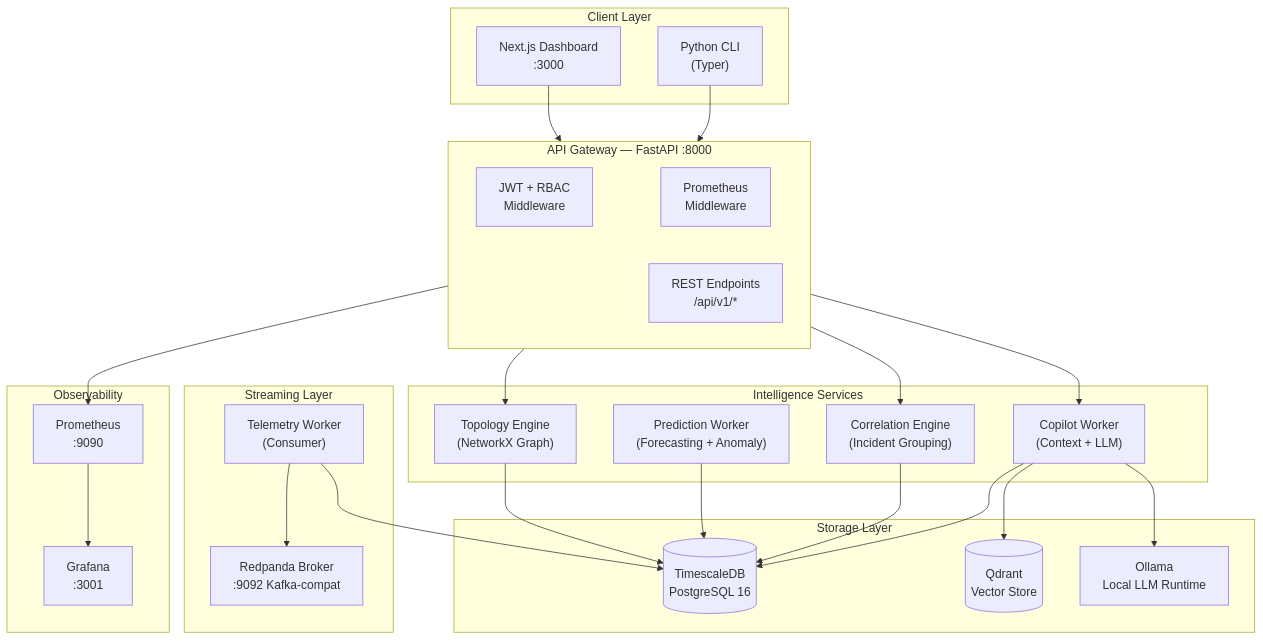
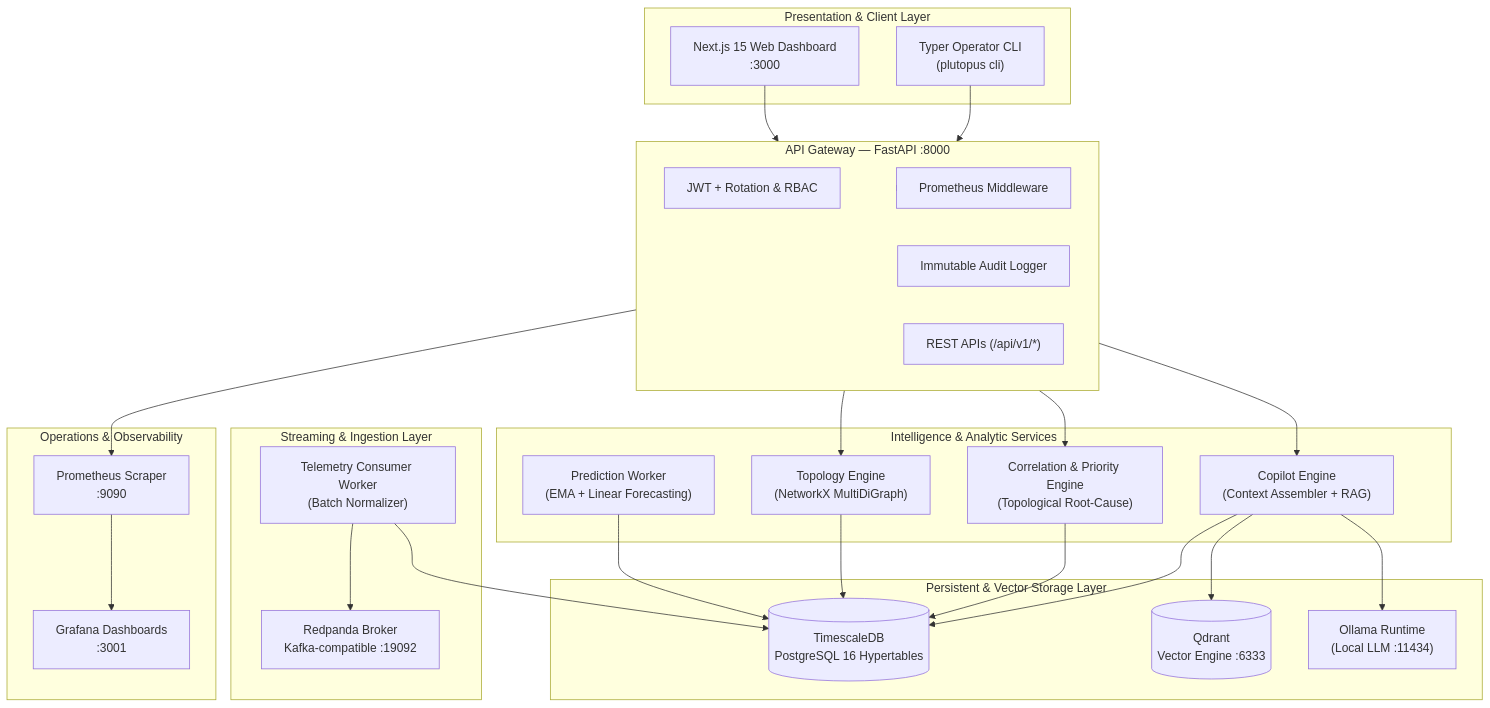
One commit to ayushkumar2601/Plutopus changed the second of 7 diagrams in README.md. Above: the diagram before and after it, drawn with Mermaid. The commit also changed other lines of this file, not shown here.

Commit message:
docs: revamp README with high-impact architecture, predictive AI and air-gap specs

````diff
--- a/README.md
+++ b/README.md
@@ -109,54 +122,58 @@
 ```mermaid
 graph TB
-    subgraph Clients["Client Layer"]
-        DASH["Next.js Dashboard\n:3000"]
-        CLI["Python CLI\n(Typer)"]
+    subgraph Clients["Presentation & Client Layer"]
+        DASH["Next.js 15 Web Dashboard\n:3000"]
+        CLI["Typer Operator CLI\n(plutopus cli)"]
     end
 
-    subgraph API["API Gateway — FastAPI :8000"]
+    subgraph Gateway["API Gateway — FastAPI :8000"]
         direction LR
-        AUTH["JWT + RBAC\nMiddleware"]
-        METRICS_MW["Prometheus\nMiddleware"]
-        ROUTES["REST Endpoints\n/api/v1/*"]
+        AUTH["JWT + Rotation & RBAC"]
+        AUDIT["Immutable Audit Logger"]
+        PROM_MW["Prometheus Middleware"]
+        ROUTES["REST APIs (/api/v1/*)"]
     end
 
-    subgraph Intelligence["Intelligence Services"]
-        TOPO["Topology Engine\n(NetworkX Graph)"]
-        PRED["Prediction Worker\n(Forecasting + Anomaly)"]
-        CORR["Correlation Engine\n(Incident Grouping)"]
-        COP["Copilot Worker\n(Context + LLM)"]
+    subgraph Intelligence["Intelligence & Analytic Services"]
+        TOPO["Topology Engine\n(NetworkX MultiDiGraph)"]
+        PRED["Prediction Worker\n(EMA + Linear Forecasting)"]
+        CORR["Correlation & Priority Engine\n(Topological Root-Cause)"]
+        COP["Copilot Engine\n(Context Assembler + RAG)"]
     end
 
-    subgraph Storage["Storage Layer"]
-        PG[("TimescaleDB\nPostgreSQL 16")]
-        QDRANT[("Qdrant\nVector Store")]
-        OLLAMA["Ollama\nLocal LLM Runtime"]
+    subgraph Storage["Persistent & Vector Storage Layer"]
+        PG[("TimescaleDB\nPostgreSQL 16 Hypertables")]
+        QDRANT[("Qdrant\nVector Engine :6333")]
+        OLLAMA["Ollama Runtime\n(Local LLM :11434)"]
     end
 
-    subgraph Stream["Streaming Layer"]
-        RP["Redpanda Broker\n:9092 Kafka-compat"]
-        TW["Telemetry Worker\n(Consumer)"]
+    subgraph Stream["Streaming & Ingestion Layer"]
+        RP["Redpanda Broker\nKafka-compatible :19092"]
+        TW["Telemetry Consumer Worker\n(Batch Normalizer)"]
     end
 
-    subgraph Observability["Observability"]
-        PROM["Prometheus\n:9090"]
-        GRAF["Grafana\n:3001"]
+    subgraph Observability["Operations & Observability"]
+        PROM["Prometheus Scraper\n:9090"]
+        GRAF["Grafana Dashboards\n:3001"]
     end
 
-    DASH --> API
-    CLI --> API
-    API --> TOPO
-    API --> CORR
-    API --> COP
+    DASH --> Gateway
+    CLI --> Gateway
+    Gateway --> TOPO
+    Gateway --> CORR
+    Gateway --> COP
+    Gateway --> PROM_MW
+
+    TW --> RP
+    TW --> PG
+
+    PRED --> PG
     TOPO --> PG
-    PRED --> PG
     CORR --> PG
     COP --> PG
     COP --> OLLAMA
     COP --> QDRANT
-    TW --> RP
-    TW --> PG
-    API --> METRICS_MW
-    METRICS_MW --> PROM
+
+    PROM_MW --> PROM
     PROM --> GRAF
 ```
````
